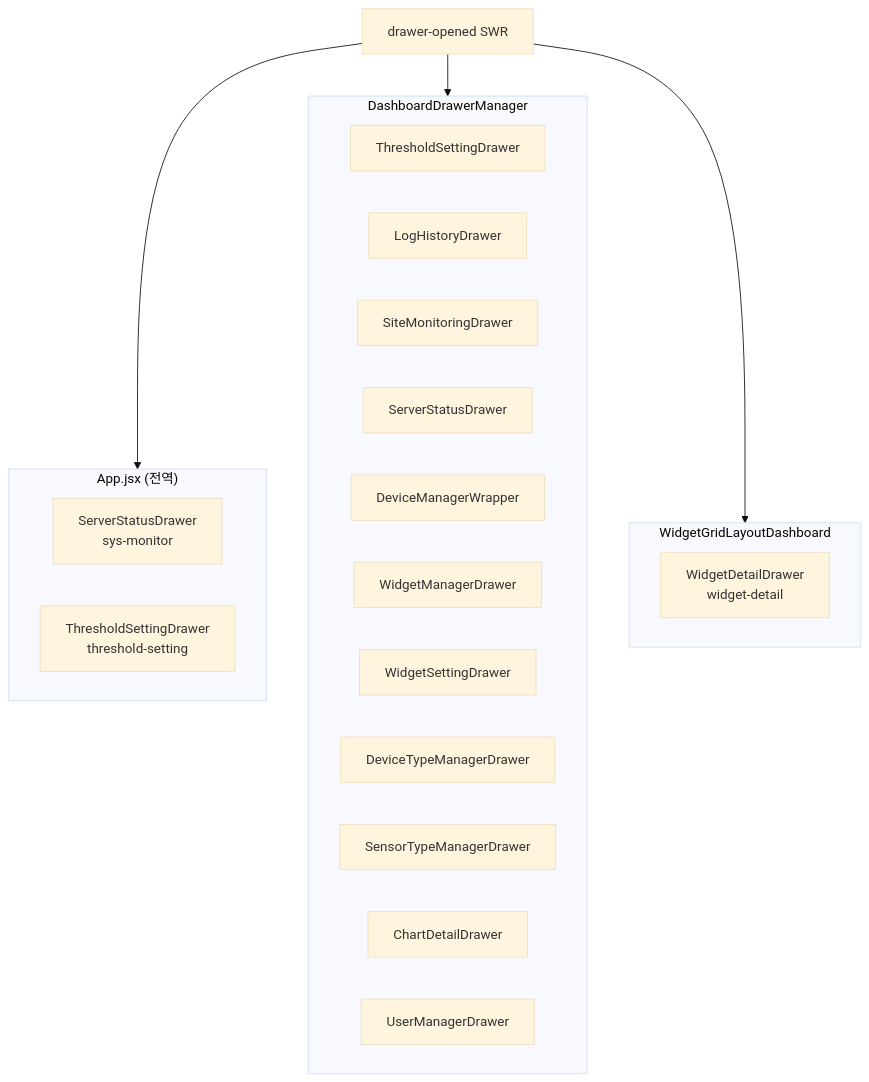
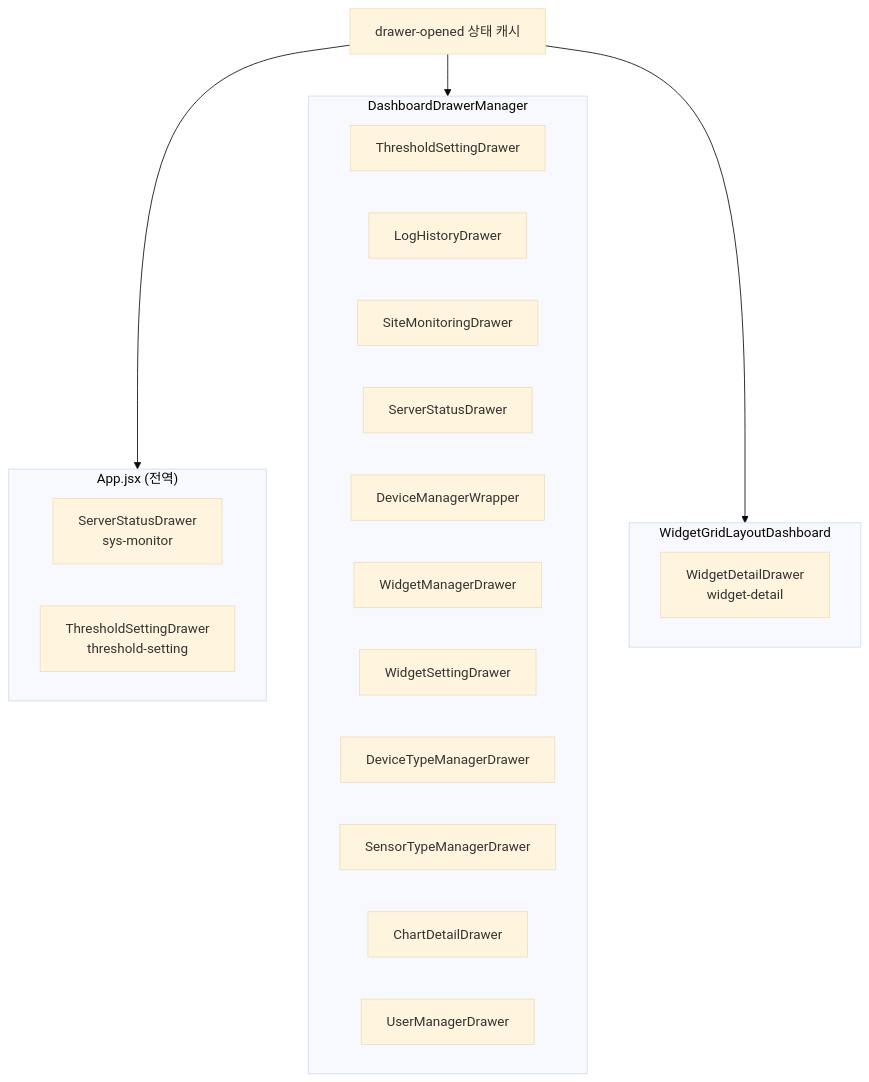
The second of 2 diagrams in client/01-앱-진입-라우팅-전역-드로어.md (inbm-company/geoverse--), drawn with Mermaid (base theme) before and after one commit. The commit also changed other lines of this file, not shown here.

````diff
--- a/client/01-앱-진입-라우팅-전역-드로어.md
+++ b/client/01-앱-진입-라우팅-전역-드로어.md
@@ -152,29 +152,29 @@
 ```mermaid
 flowchart TB
   subgraph AppLayer["App.jsx (전역)"]
     A1[ServerStatusDrawer<br/>sys-monitor]
     A2[ThresholdSettingDrawer<br/>threshold-setting]
   end
 
   subgraph DashLayer["DashboardDrawerManager"]
     D1[ThresholdSettingDrawer]
     D2[LogHistoryDrawer]
     D3[SiteMonitoringDrawer]
     D4[ServerStatusDrawer]
     D5[DeviceManagerWrapper]
     D6[WidgetManagerDrawer]
     D7[WidgetSettingDrawer]
     D8[DeviceTypeManagerDrawer]
     D9[SensorTypeManagerDrawer]
     D10[ChartDetailDrawer]
     D11[UserManagerDrawer]
   end
 
   subgraph GridLayer["WidgetGridLayoutDashboard"]
     G1[WidgetDetailDrawer<br/>widget-detail]
   end
 
-  SWR["drawer-opened SWR"] --> AppLayer
-  SWR --> DashLayer
-  SWR --> GridLayer
+  StateCache["drawer-opened 상태 캐시"] --> AppLayer
+  StateCache --> DashLayer
+  StateCache --> GridLayer
 ```
````
